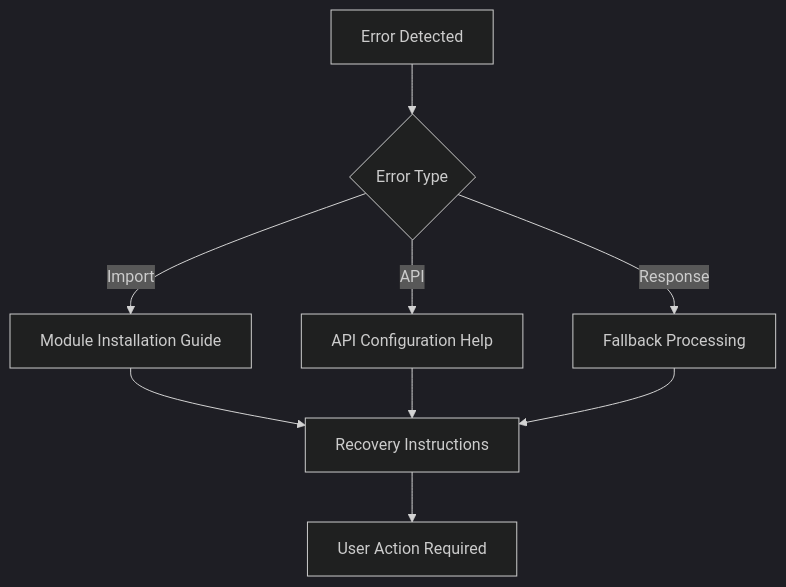
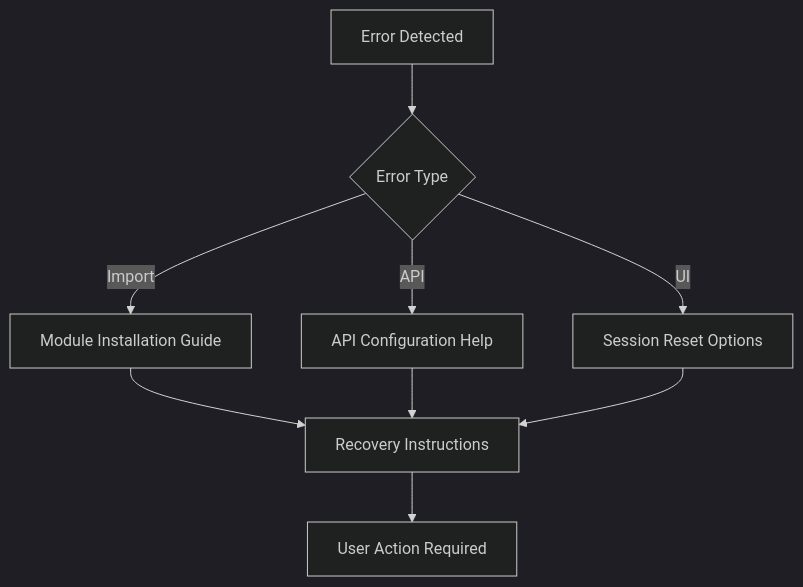
One commit to nakashima2toshio/anthropic_api_jp changed diagram 12 of 12 in doc/a00_responses_api.md. Above: the diagram before and after it, drawn with Mermaid (dark theme). The commit also changed other lines of this file and 2 other files, not shown here.

````diff
--- a/doc/a00_responses_api.md
+++ b/doc/a00_responses_api.md
@@ -441,11 +578,11 @@
 ```mermaid
 graph TD
     A["Error Detected"] --> B{"Error Type"}
     B -->|Import| C["Module Installation Guide"]
     B -->|API| D["API Configuration Help"]
-    B -->|Response| E["Fallback Processing"]
+    B -->|UI| E["Session Reset Options"]
     C --> F["Recovery Instructions"]
     D --> F
     E --> F
     F --> G["User Action Required"]
 ```
````
